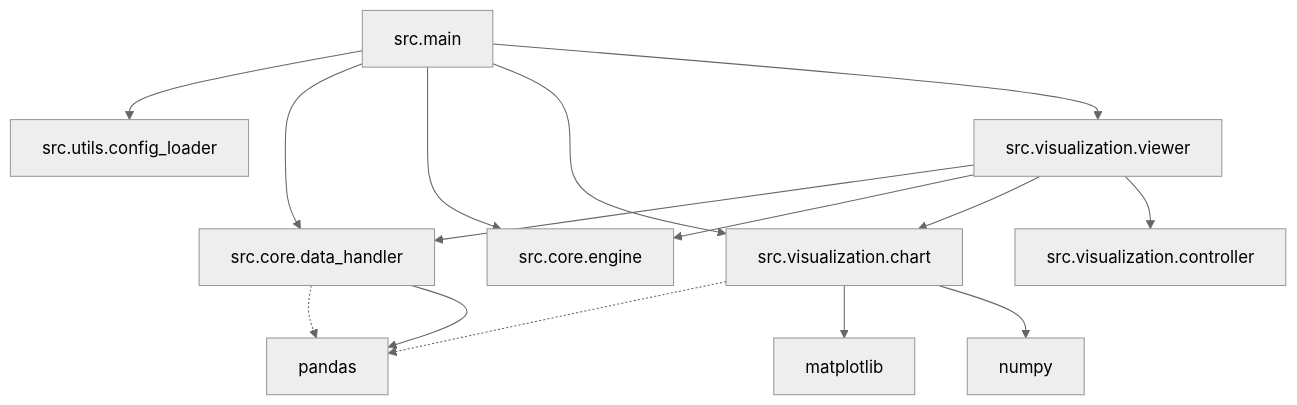
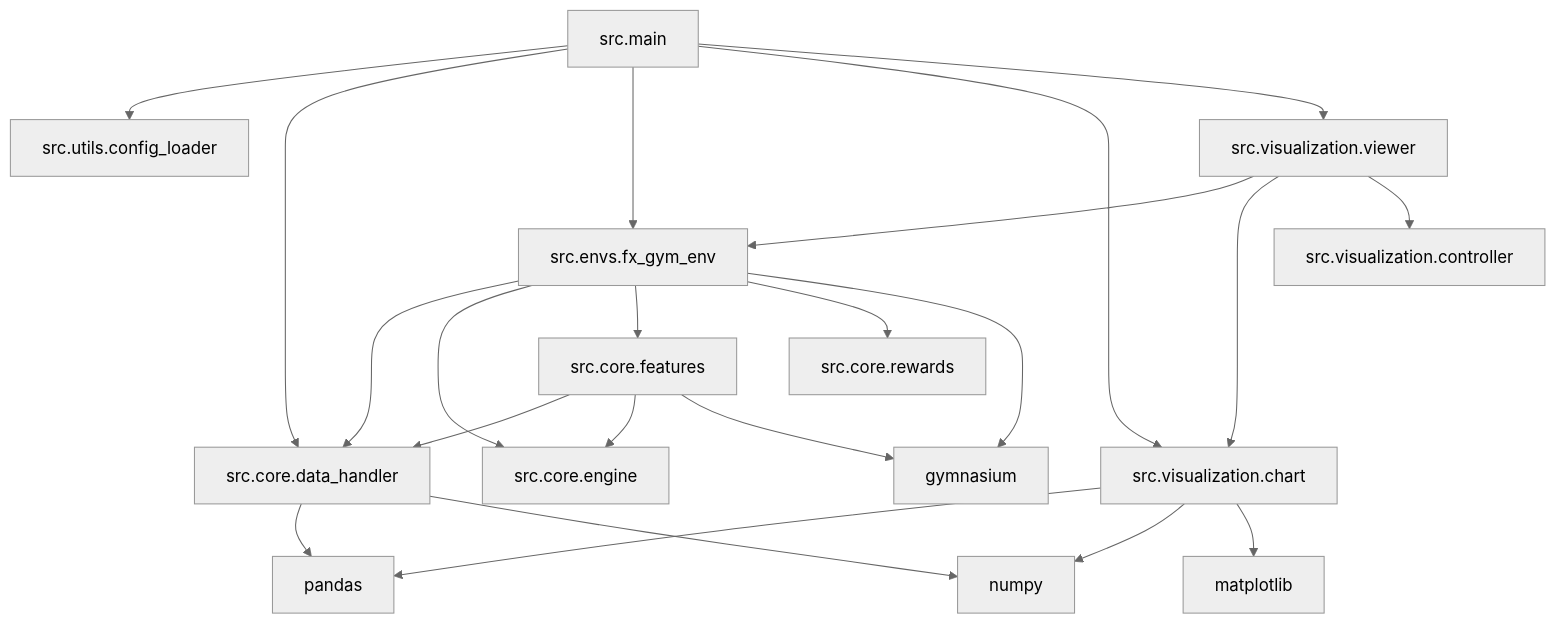
Before and after one commit to koretty/fx-trading-env: the diagram in docs/dependency.md, drawn with Mermaid (neutral theme). The commit also changed other lines of this file and 12 other files, not shown here.

````diff
--- a/docs/dependency.md
+++ b/docs/dependency.md
@@ -5,25 +5,34 @@
 ```mermaid
 graph TD
     main["src.main"] --> config_loader["src.utils.config_loader"]
     main --> core_data_handler["src.core.data_handler"]
-    main --> core_engine["src.core.engine"]
+    main --> env_fx["src.envs.fx_gym_env"]
     main --> visualization_chart["src.visualization.chart"]
     main --> visualization_viewer["src.visualization.viewer"]
 
-    visualization_viewer --> core_data_handler
-    visualization_viewer --> core_engine
+    env_fx --> core_data_handler
+    env_fx --> core_engine["src.core.engine"]
+    env_fx --> core_features["src.core.features"]
+    env_fx --> core_rewards["src.core.rewards"]
+
+    core_features --> core_data_handler
+    core_features --> core_engine
+
+    visualization_viewer --> env_fx
     visualization_viewer --> visualization_chart
     visualization_viewer --> visualization_controller["src.visualization.controller"]
 
-    visualization_chart -.-> pandas
-    core_data_handler -.-> pandas
-
     %% 補足: 外部ライブラリ
+    gymnasium["gymnasium"]
     pandas["pandas"]
     matplotlib["matplotlib"]
     numpy["numpy"]
 
+    env_fx --> gymnasium
+    core_features --> gymnasium
+    core_data_handler --> pandas
+    core_data_handler --> numpy
+    visualization_chart --> pandas
+    visualization_chart --> numpy
     visualization_chart --> matplotlib
-    visualization_chart --> numpy
-    core_data_handler --> pandas
 ```
````
